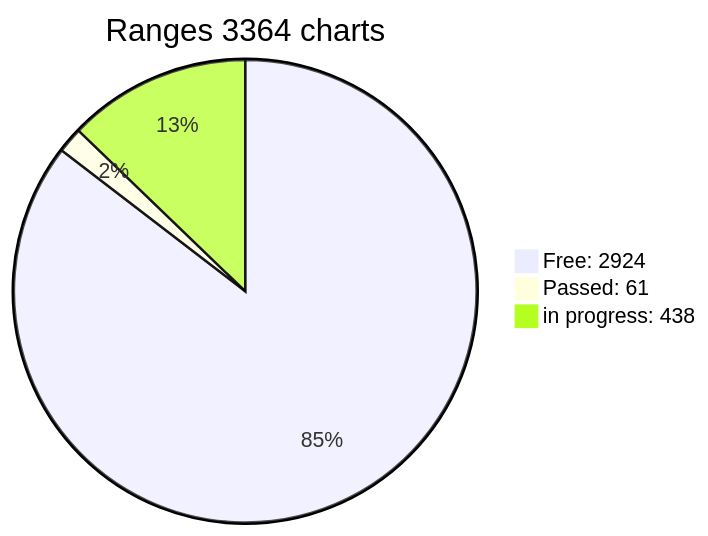
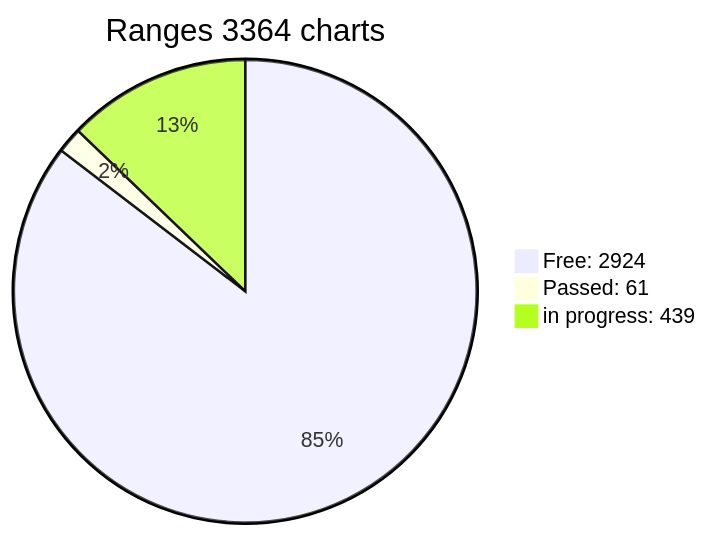
One commit to jonlloner/wif500 changed the diagram in x64/Release/table.md. Above: the diagram before and after it, drawn with Mermaid. The commit also changed other lines of this file, not shown here.

````diff
--- a/x64/Release/table.md
+++ b/x64/Release/table.md
@@ -3,6 +3,6 @@
 ```mermaid
 pie title Ranges 3364 charts
-"Free: 2924" : 2924
+"Free: 2924" : 2923
 "Passed: 61" : 61
-"in progress: 438" : 438
+"in progress: 439" : 439
 ```  
````
